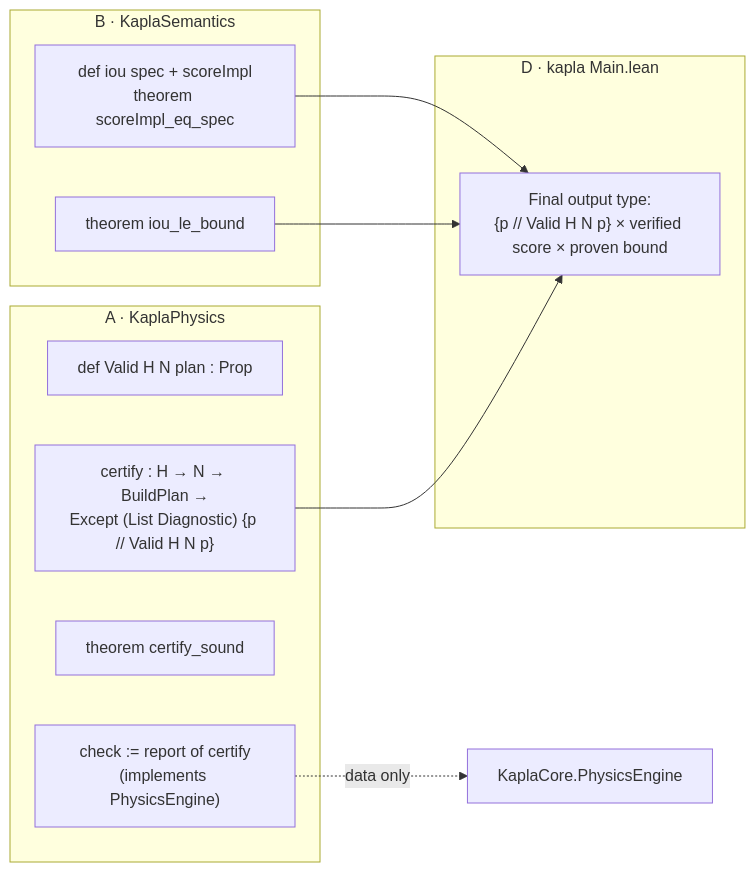
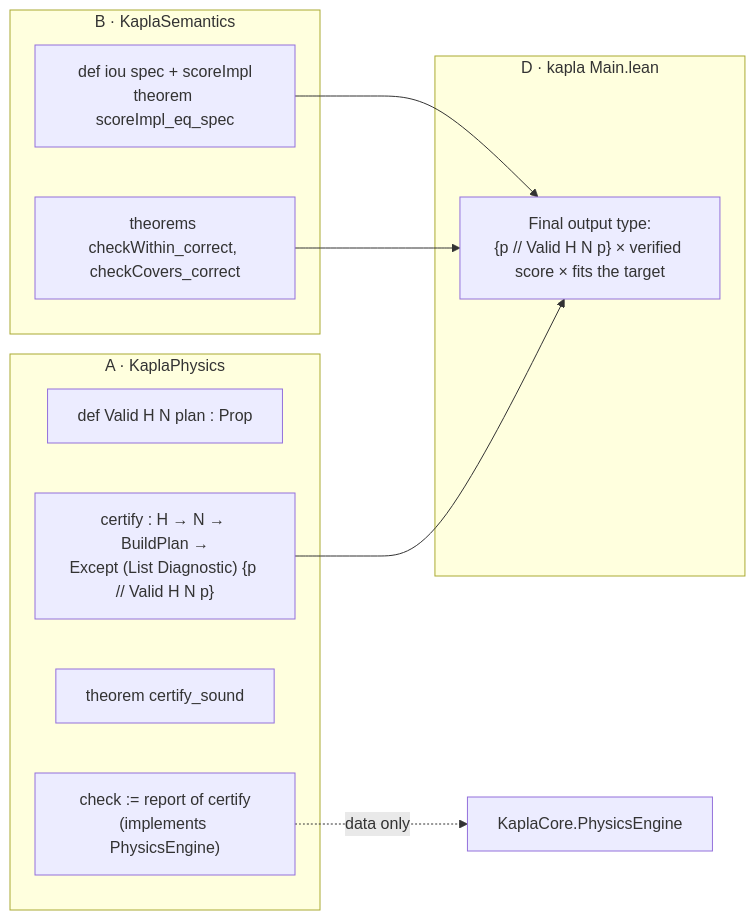
Before and after one commit to johspaeth/KaplaBuilder: the fourth of 7 diagrams in docs/WORKSPLIT.md, drawn with Mermaid. The commit also changed other lines of this file and 3 other files, not shown here.

First line of the commit message:
Docs: remove the upper bound; score takes a Frame

````diff
--- a/docs/WORKSPLIT.md
+++ b/docs/WORKSPLIT.md
@@ -230,20 +230,20 @@
 ```mermaid
 flowchart LR
   subgraph A["A · KaplaPhysics"]
     valid["def Valid H N plan : Prop"]
     cert["certify : H → N → BuildPlan →<br/>Except (List Diagnostic) {p // Valid H N p}"]
     sound["theorem certify_sound"]
     chk["check := report of certify<br/>(implements PhysicsEngine)"]
   end
   subgraph B["B · KaplaSemantics"]
     iou["def iou spec + scoreImpl<br/>theorem scoreImpl_eq_spec"]
-    bnd["theorem iou_le_bound"]
+    acc["theorems checkWithin_correct, checkCovers_correct"]
   end
   subgraph D["D · kapla Main.lean"]
-    final["Final output type:<br/>{p // Valid H N p} × verified score × proven bound"]
+    final["Final output type:<br/>{p // Valid H N p} × verified score × fits the target"]
   end
   cert --> final
   iou --> final
-  bnd --> final
+  acc --> final
   chk -. "data only" .-> core["KaplaCore.PhysicsEngine"]
 ```
````
